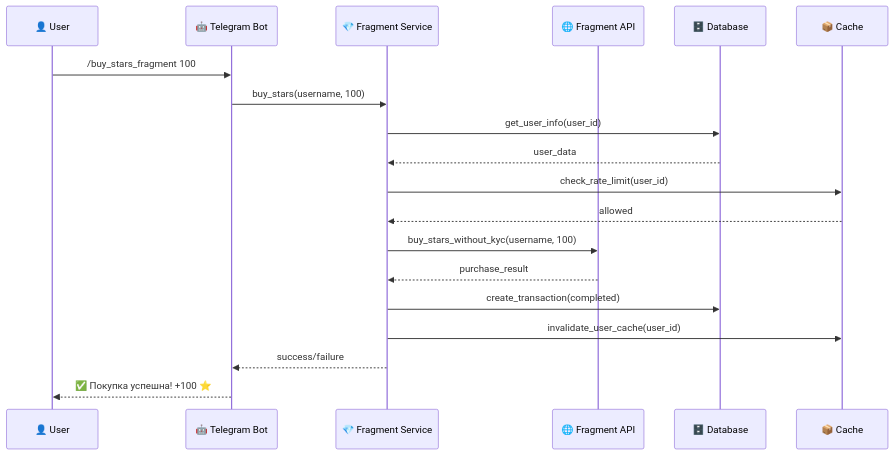
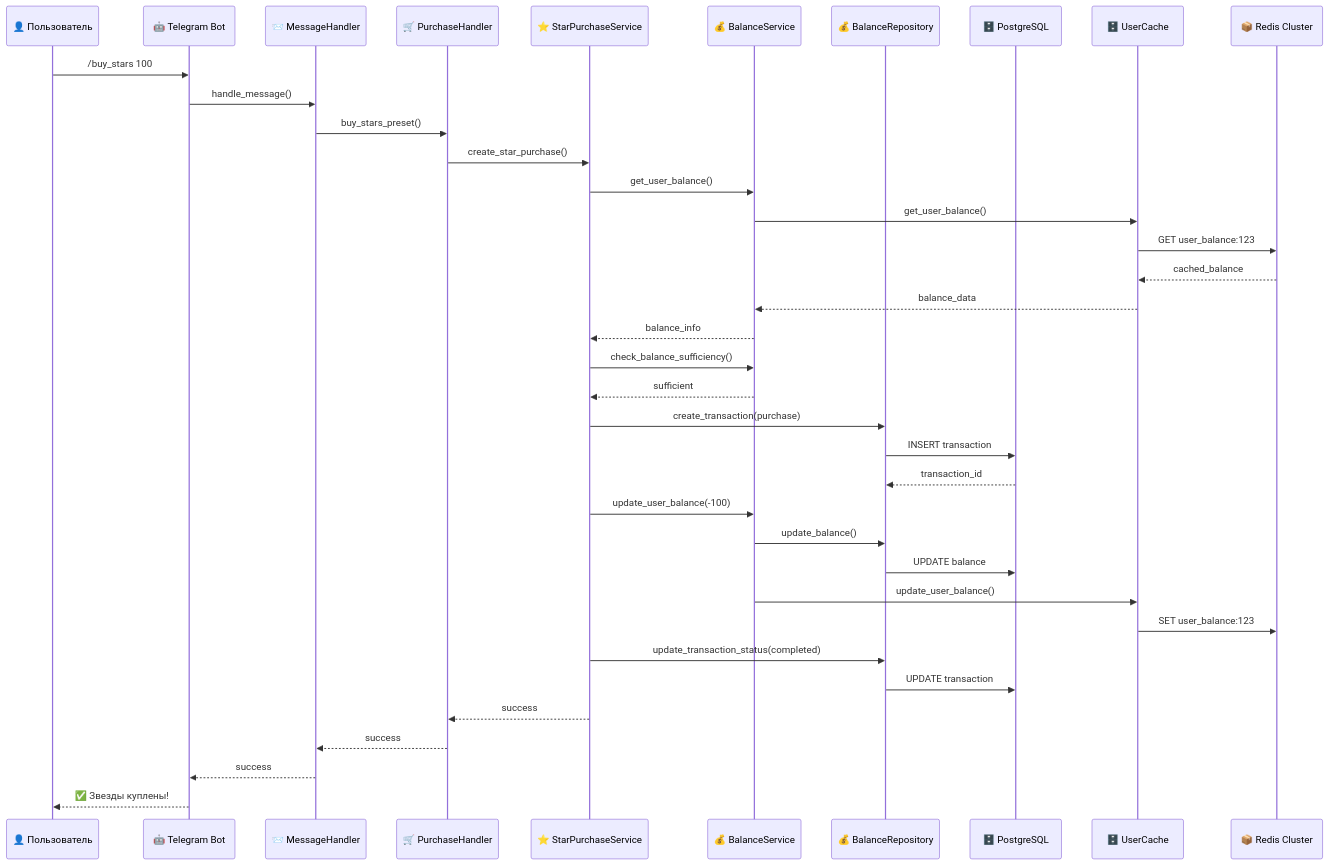
Before and after one commit to neKamita/Mirza-Telegram-Shop-Bot: the ninth of 15 diagrams in docs/ARCHITECTURE.md, drawn with Mermaid. The commit also changed other lines of this file and 7 other files, not shown here.

````diff
--- a/docs/ARCHITECTURE.md
+++ b/docs/ARCHITECTURE.md
@@ -267,22 +379,45 @@
 ```mermaid
 sequenceDiagram
-    participant U as 👤 User
+    participant U as 👤 Пользователь
     participant TB as 🤖 Telegram Bot
-    participant FS as 💎 Fragment Service
-    participant F as 🌐 Fragment API
-    participant DB as 🗄️ Database
-    participant C as 📦 Cache
+    participant MH as 📨 MessageHandler
+    participant PuH as 🛒 PurchaseHandler
+    participant SPS as ⭐ StarPurchaseService
+    participant BS as 💰 BalanceService
+    participant BR as 💰 BalanceRepository
+    participant DB as 🗄️ PostgreSQL
+    participant UC as 🗄️ UserCache
+    participant RC as 📦 Redis Cluster
 
-    U->>TB: /buy_stars_fragment 100
-    TB->>FS: buy_stars(username, 100)
-    FS->>DB: get_user_info(user_id)
-    DB-->>FS: user_data
-    FS->>C: check_rate_limit(user_id)
-    C-->>FS: allowed
-    FS->>F: buy_stars_without_kyc(username, 100)
-    F-->>FS: purchase_result
-    FS->>DB: create_transaction(completed)
-    FS->>C: invalidate_user_cache(user_id)
-    FS-->>TB: success/failure
-    TB-->>U: ✅ Покупка успешна! +100 ⭐
+    U->>TB: /buy_stars 100
+    TB->>MH: handle_message()
+    MH->>PuH: buy_stars_preset()
+    PuH->>SPS: create_star_purchase()
+    SPS->>BS: get_user_balance()
+    BS->>UC: get_user_balance()
+    UC->>RC: GET user_balance:123
+    RC-->>UC: cached_balance
+    UC-->>BS: balance_data
+    BS-->>SPS: balance_info
+
+    SPS->>BS: check_balance_sufficiency()
+    BS-->>SPS: sufficient
+
+    SPS->>BR: create_transaction(purchase)
+    BR->>DB: INSERT transaction
+    DB-->>BR: transaction_id
+
+    SPS->>BS: update_user_balance(-100)
+    BS->>BR: update_balance()
+    BR->>DB: UPDATE balance
+    BS->>UC: update_user_balance()
+    UC->>RC: SET user_balance:123
+
+    SPS->>BR: update_transaction_status(completed)
+    BR->>DB: UPDATE transaction
+
+    SPS-->>PuH: success
+    PuH-->>MH: success
+    MH-->>TB: success
+    TB-->>U: ✅ Звезды куплены!
 ```
````
